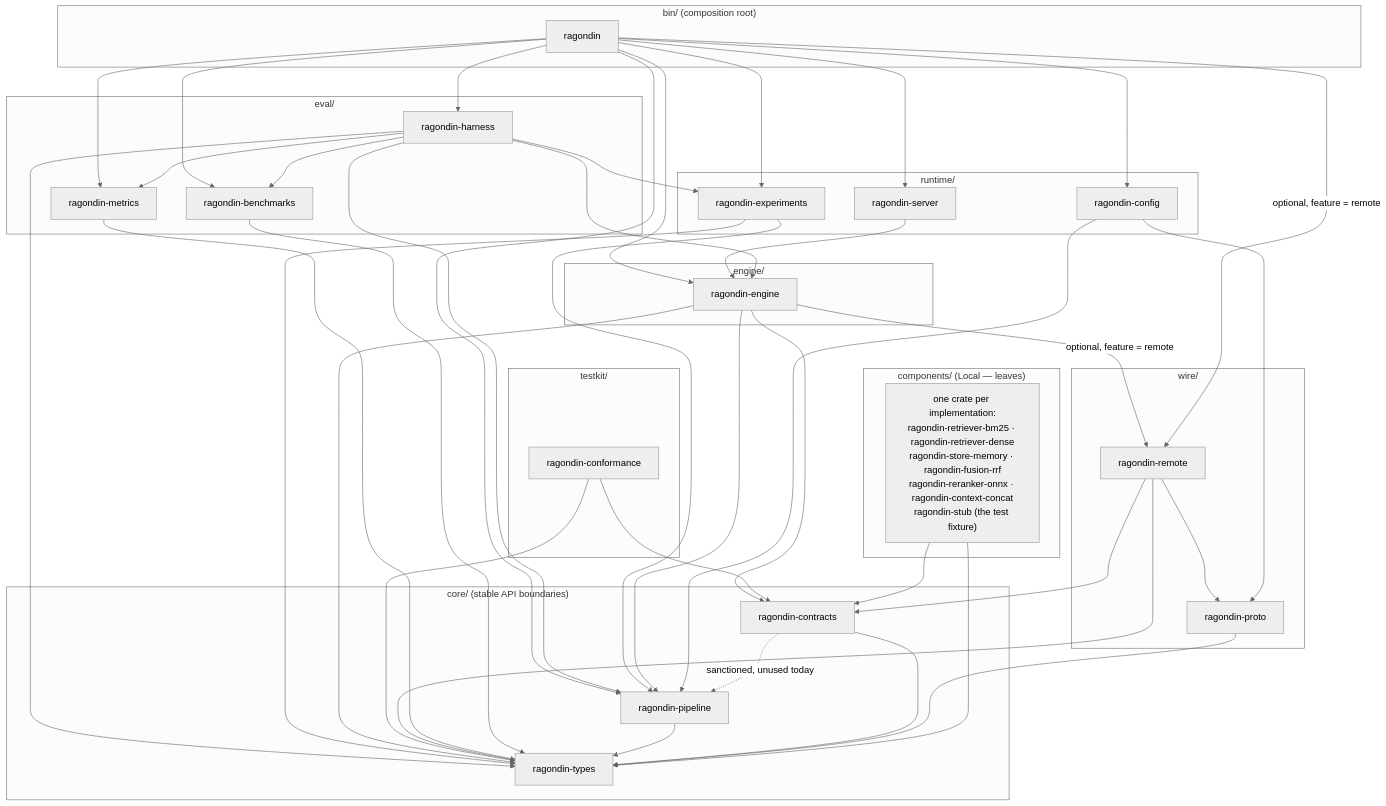
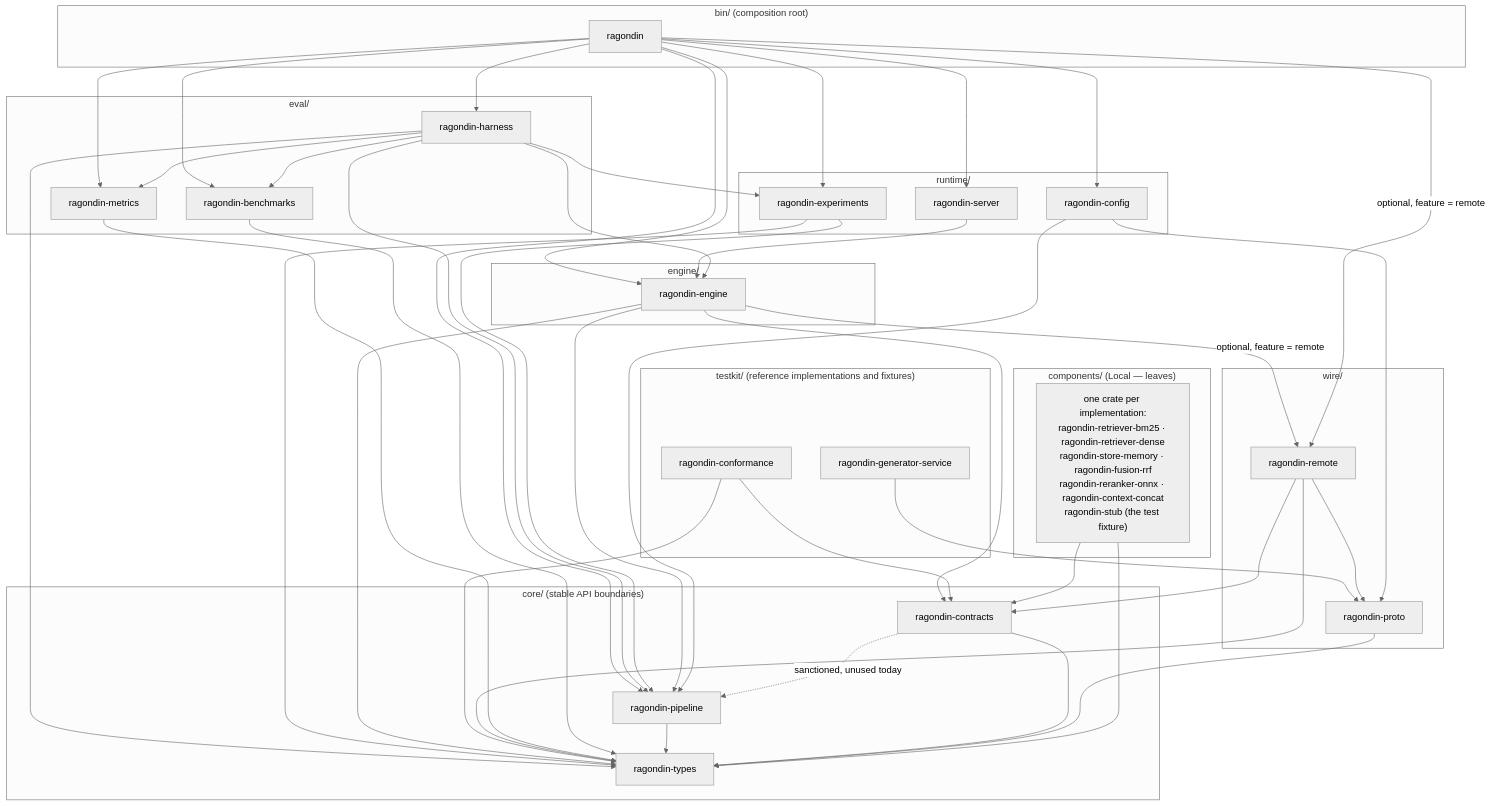
Before and after one commit to genesary/Ragondin: the first of 4 diagrams in docs/code-architecture.md, drawn with Mermaid (neutral theme). The commit also changed other lines of this file and 12 other files, not shown here.

````diff
--- a/docs/code-architecture.md
+++ b/docs/code-architecture.md
@@ -182,52 +185,54 @@
 ```mermaid
 flowchart TB
   subgraph BIN["bin/ (composition root)"]
     RAG[ragondin]
   end
   subgraph RUNTIME["runtime/"]
     SRV[ragondin-server]
     EXP[ragondin-experiments]
     CFG[ragondin-config]
   end
   subgraph EVAL["eval/"]
     HAR[ragondin-harness]
     MET[ragondin-metrics]
     BEN[ragondin-benchmarks]
   end
   subgraph ENGINE["engine/"]
     ENG[ragondin-engine]
   end
-  subgraph TESTKIT["testkit/"]
+  subgraph TESTKIT["testkit/ (reference implementations and fixtures)"]
     CNF[ragondin-conformance]
+    GEN[ragondin-generator-service]
   end
   subgraph COMP["components/ (Local — leaves)"]
     CX["one crate per implementation:<br/>ragondin-retriever-bm25 · ragondin-retriever-dense<br/>ragondin-store-memory · ragondin-fusion-rrf<br/>ragondin-reranker-onnx · ragondin-context-concat<br/>ragondin-stub (the test fixture)"]
   end
   subgraph WIRE["wire/"]
     PRO[ragondin-proto]
     REM[ragondin-remote]
   end
   subgraph CORE["core/ (stable API boundaries)"]
     CON[ragondin-contracts]
     PIP[ragondin-pipeline]
     TYP[ragondin-types]
   end
 
   RAG --> SRV & HAR & EXP & CFG & ENG & MET & BEN & PIP
   SRV --> ENG
   HAR --> ENG & MET & BEN & EXP & PIP & TYP
   EXP --> PIP & TYP
   ENG --> CON & PIP & TYP
   ENG -->|"optional, feature = remote"| REM
   RAG -->|"optional, feature = remote"| REM
   CNF --> CON & TYP
+  GEN --> PRO
   REM --> CON & TYP & PRO
   MET --> TYP
   BEN --> TYP
   CFG --> PIP & PRO
   CON -.->|"sanctioned, unused today"| PIP
   PIP --> TYP
   CON --> TYP
   PRO --> TYP
   CX --> CON & TYP
 ```
````
